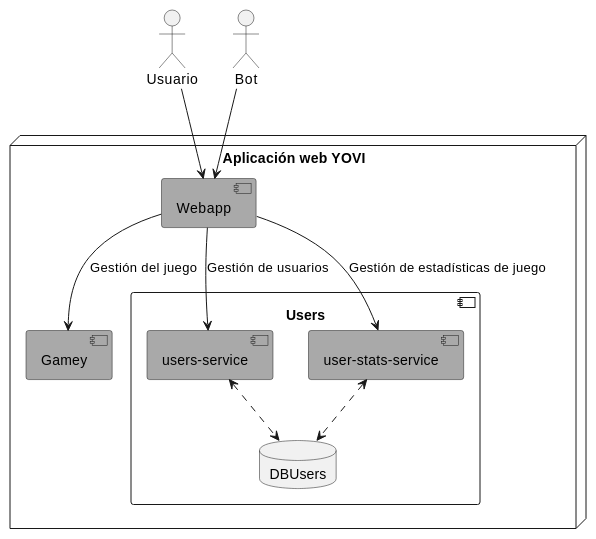
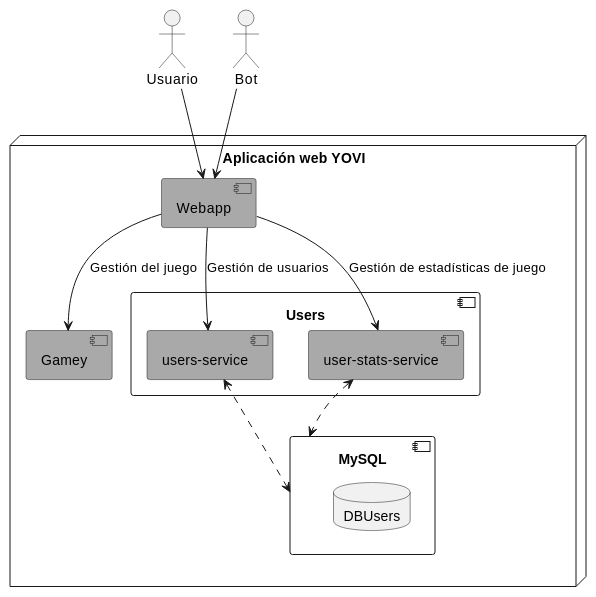
Before and after one commit to Arquisoft/yovi_es5b: the fourth of 4 diagrams in docs/src/05_building_block_view.adoc, drawn with PlantUML. The commit also changed other lines of this file, not shown here.

Commit message:
docs: 05: añadir BD en diagramas (#69)
Añadir base de datos de forma explícita como caja negra.

```diff
--- a/docs/src/05_building_block_view.adoc
+++ b/docs/src/05_building_block_view.adoc
@@ -264,28 +268,29 @@
 [plantuml,"vista-bloques-3-users",png]
 ----
 @startuml
 actor Usuario
 actor Bot
 
 node "Aplicación web YOVI" as yovi {
     component "Gamey" #DarkGray
     component Webapp #DarkGray
     component Users {
         component "users-service" as users #DarkGray
         component "user-stats-service" as stats #DarkGray
-        database DBUsers as db
-
+    }
+    component MySQL as db{
+        database DBUsers
     }
 }
 
 
 Usuario --> Webapp
 Bot --> Webapp
 Webapp --> users : "Gestión de usuarios"
 Webapp --> stats : "Gestión de estadísticas de juego"
 Webapp --> Gamey : "Gestión del juego"
 users <..> db
 stats <..> db
 
 @enduml
 ----
```
